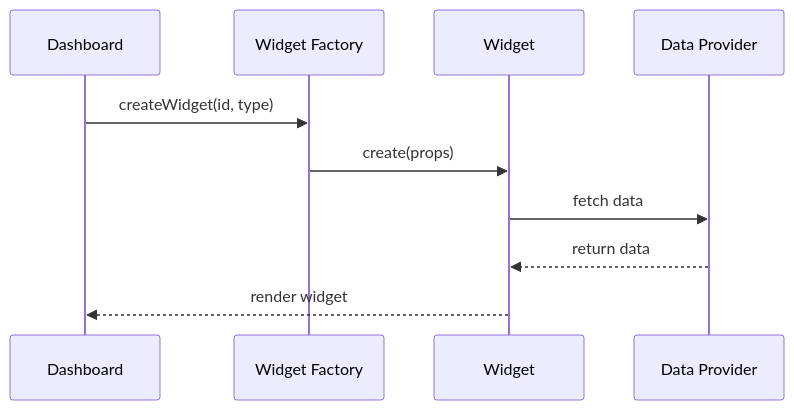
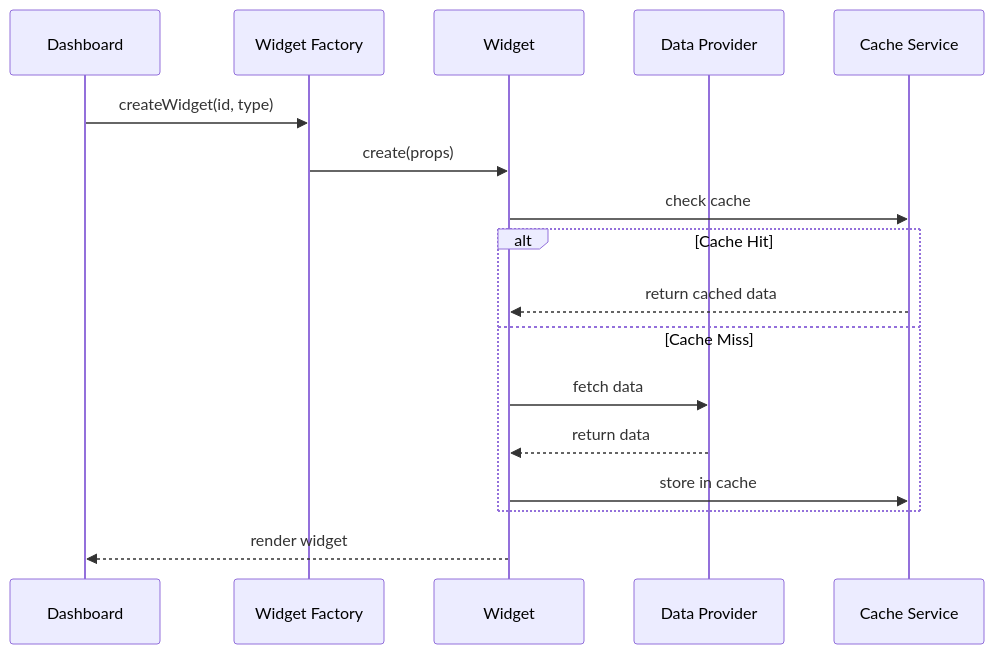
One commit to schlessera/dashboard-abstraction-poc changed the second of 2 diagrams in README.md. Above: the diagram before and after it, drawn with Mermaid. The commit also changed other lines of this file, not shown here.

````diff
--- a/README.md
+++ b/README.md
@@ -24,13 +26,20 @@
 ```mermaid
 sequenceDiagram
     participant D as Dashboard
     participant WF as Widget Factory
     participant W as Widget
     participant DP as Data Provider
+    participant CS as Cache Service
     
     D->>WF: createWidget(id, type)
     WF->>W: create(props)
-    W->>DP: fetch data
-    DP-->>W: return data
+    W->>CS: check cache
+    alt Cache Hit
+        CS-->>W: return cached data
+    else Cache Miss
+        W->>DP: fetch data
+        DP-->>W: return data
+        W->>CS: store in cache
+    end
     W-->>D: render widget
 ```
````
